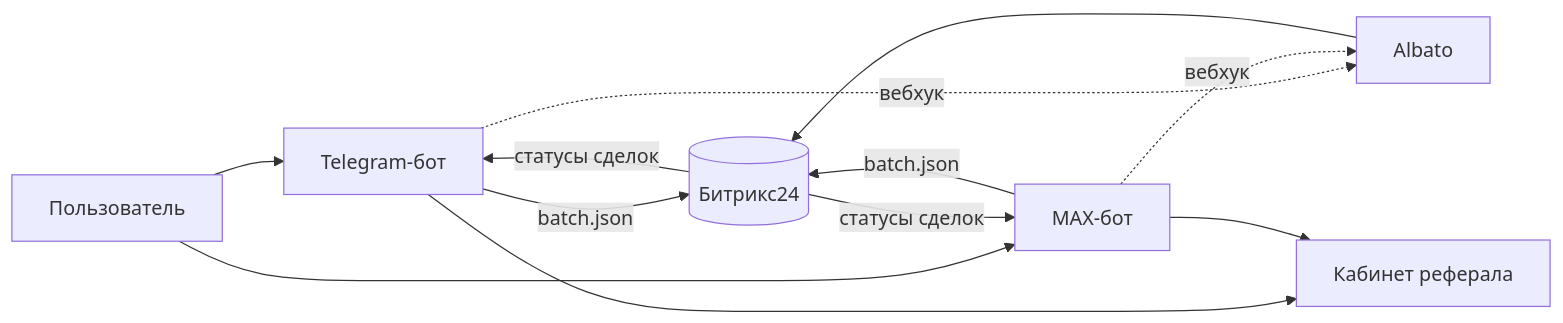
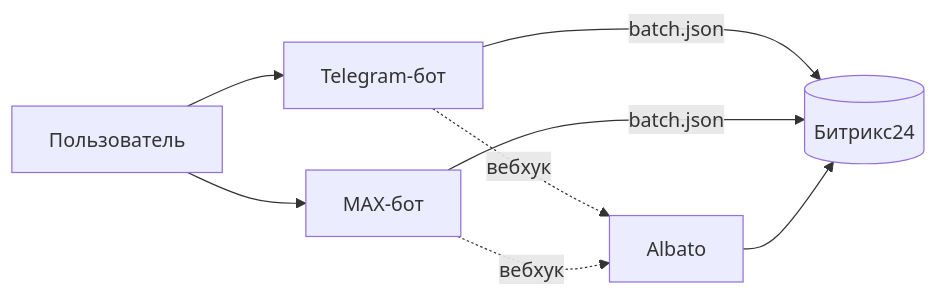
Before and after one commit to GilachOne/drive-autoschool-bots: the diagram in README.md, drawn with Mermaid. The commit also changed other lines of this file and 10 other files, not shown here.

````diff
--- a/README.md
+++ b/README.md
@@ -19,13 +18,9 @@
 ```mermaid
 flowchart LR
   U[Пользователь] --> TG[Telegram-бот]
   U --> MAX[MAX-бот]
   TG -- batch.json --> B24[(Битрикс24)]
   MAX -- batch.json --> B24
   TG -. вебхук .-> AL[Albato] --> B24
   MAX -. вебхук .-> AL
-  B24 -- статусы сделок --> TG
-  B24 -- статусы сделок --> MAX
-  TG --> P[Кабинет реферала]
-  MAX --> P
 ```
````
